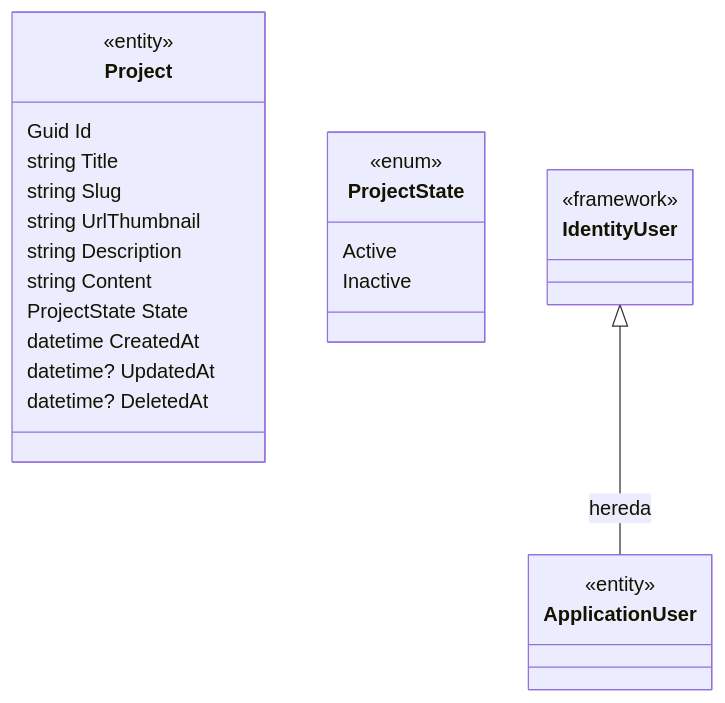
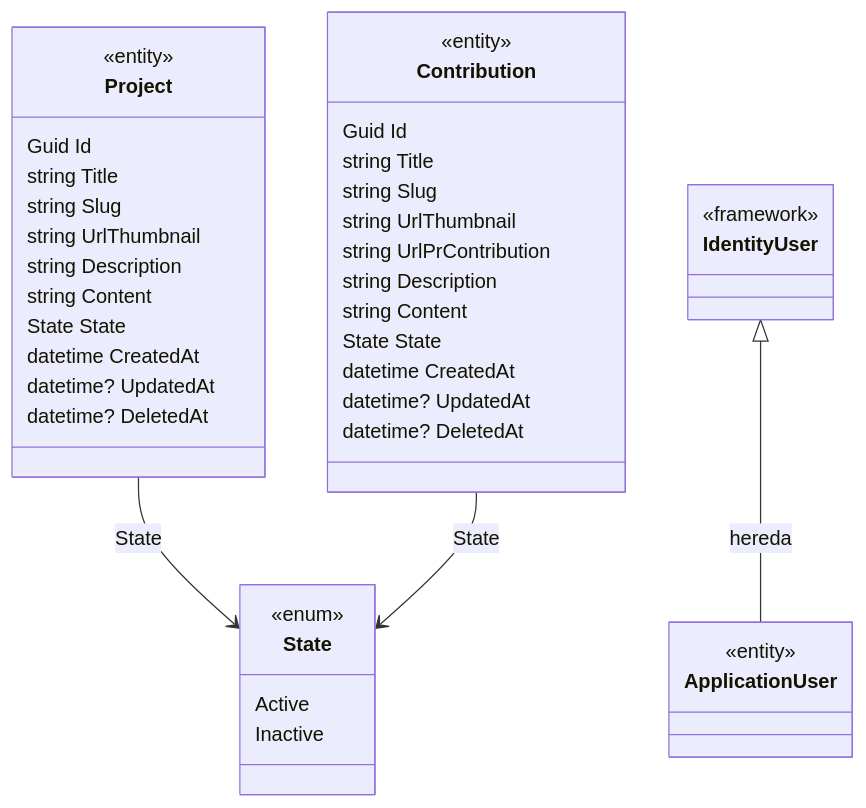
One commit to adrianbeep/ajn-portfolio-backend changed the diagram in docs/diagrams/Diagram Class - Domain.md. Above: the diagram before and after it, drawn with Mermaid. The commit also changed other lines of this file and 1 other file, not shown here.

Commit message:
docs(api): document the summary shape, the pagination rules and the home screen
El contrato se escribio para un SPA en runtime (skeletons, interceptores de 401, window.location.href a /admin/login) que el frontend estatico no implementa, y se habia quedado viejo: no tenia seccion de paginacion (el frontend la citaba), hablaba de VITE_API_URL en vez de PUBLIC_API_BASE_URL, y pedia pageSize=6 para la home cuando el frontend usa 4.

Ademas Screen 1 decia que la home consume los dos catalogos. No es asi: la home es solo de proyectos, y el toggle entre catalogos vive en las paginas de listado y solo aparece si hay contribuciones para listar. El diagrama de clases del dominio seguia mostrando ProjectState y no tenia Contribution.

````diff
--- a/docs/diagrams/Diagram Class - Domain.md
+++ b/docs/diagrams/Diagram Class - Domain.md
@@ -1,32 +9,50 @@
 ```mermaid
 classDiagram
 	class Project {
 		<<entity>>
 		Guid Id
 		string Title
 		string Slug
 		string UrlThumbnail
 		string Description
 		string Content
-		ProjectState State
+		State State
 		datetime CreatedAt
 		datetime? UpdatedAt
 		datetime? DeletedAt
 	}
 	
-	class ProjectState {
+	class Contribution {
+		<<entity>>
+		Guid Id
+		string Title
+		string Slug
+		string UrlThumbnail
+		string UrlPrContribution
+		string Description
+		string Content
+		State State
+		datetime CreatedAt
+		datetime? UpdatedAt
+		datetime? DeletedAt
+	}
+	
+	class State {
 		<<enum>>
 		Active
 		Inactive
 	}
 	
 	class ApplicationUser {
 		<<entity>>
 	}
 	
 	IdentityUser <|-- ApplicationUser : hereda
 	
 	class IdentityUser {
 		<<framework>>
 	}
+	
+	Project --> State : State
+	Contribution --> State : State
 ```
````
